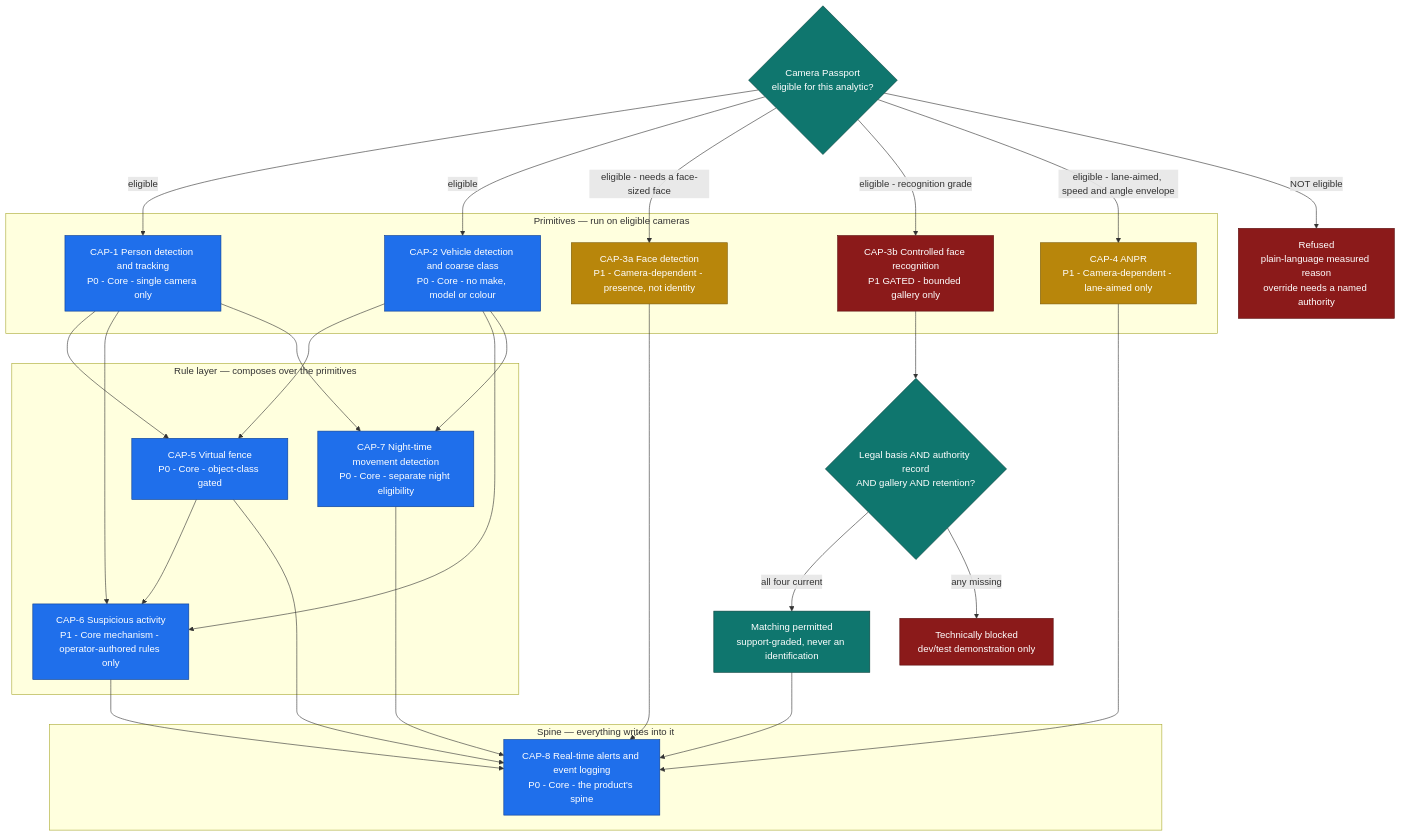
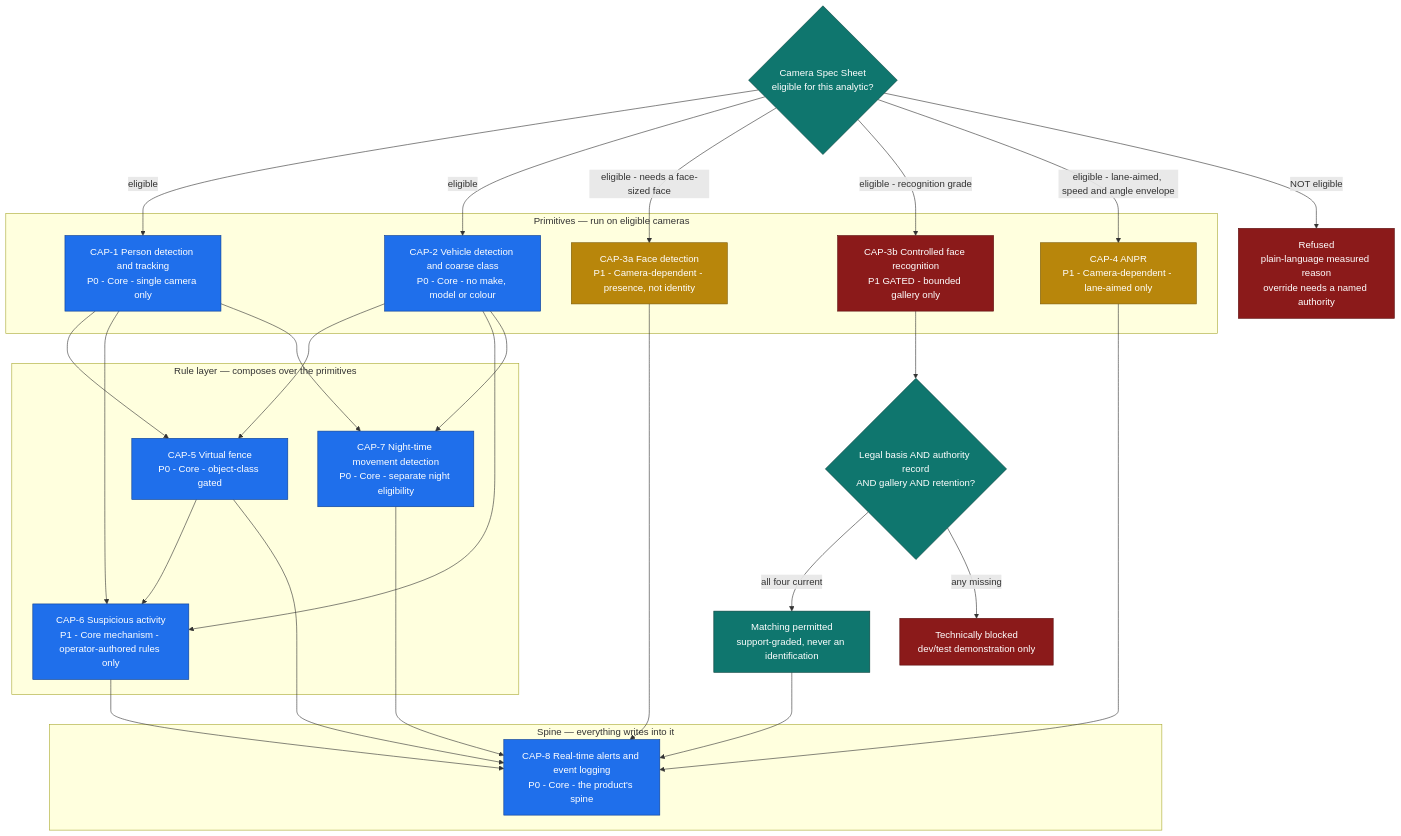
Before and after one commit to Sujatx/ibvap: the second of 7 diagrams in docs/02-product/MVP.md, drawn with Mermaid. The commit also changed other lines of this file and 9 other files, not shown here.

````diff
--- a/docs/02-product/MVP.md
+++ b/docs/02-product/MVP.md
@@ -1261,58 +1261,58 @@
 ```mermaid
 flowchart TD
     subgraph PRIM["Primitives — run on eligible cameras"]
         P1["CAP-1 Person detection and tracking<br/>P0 - Core - single camera only"]
         P2["CAP-2 Vehicle detection and coarse class<br/>P0 - Core - no make, model or colour"]
         P3["CAP-3a Face detection<br/>P1 - Camera-dependent - presence, not identity"]
         P4["CAP-3b Controlled face recognition<br/>P1 GATED - bounded gallery only"]
         P5["CAP-4 ANPR<br/>P1 - Camera-dependent - lane-aimed only"]
     end
 
     subgraph RULES["Rule layer — composes over the primitives"]
         R1["CAP-5 Virtual fence<br/>P0 - Core - object-class gated"]
         R2["CAP-6 Suspicious activity<br/>P1 - Core mechanism - operator-authored rules only"]
         R3["CAP-7 Night-time movement detection<br/>P0 - Core - separate night eligibility"]
     end
 
     subgraph SPINE["Spine — everything writes into it"]
         S1["CAP-8 Real-time alerts and event logging<br/>P0 - Core - the product's spine"]
     end
 
-    GATE{"Camera Passport<br/>eligible for this analytic?"}
+    GATE{"Camera Spec Sheet<br/>eligible for this analytic?"}
     LEGAL{"Legal basis AND authority record<br/>AND gallery AND retention?"}
 
     GATE -->|"eligible"| P1
     GATE -->|"eligible"| P2
     GATE -->|"eligible - needs a face-sized face"| P3
     GATE -->|"eligible - recognition grade"| P4
     GATE -->|"eligible - lane-aimed, speed and angle envelope"| P5
     GATE -->|"NOT eligible"| REF["Refused<br/>plain-language measured reason<br/>override needs a named authority"]
 
     P4 --> LEGAL
     LEGAL -->|"all four current"| OKFR["Matching permitted<br/>support-graded, never an identification"]
     LEGAL -->|"any missing"| BLK["Technically blocked<br/>dev/test demonstration only"]
 
     P1 --> R1
     P2 --> R1
     P1 --> R2
     P2 --> R2
     R1 --> R2
     P1 --> R3
     P2 --> R3
 
     R1 --> S1
     R2 --> S1
     R3 --> S1
     P3 --> S1
     P5 --> S1
     OKFR --> S1
 
     classDef core fill:#1f6feb,stroke:#0b3d91,color:#ffffff
     classDef cond fill:#b8860b,stroke:#7a5a07,color:#ffffff
     classDef gated fill:#8b1a1a,stroke:#5c0f0f,color:#ffffff
     classDef gate fill:#0f766e,stroke:#08403b,color:#ffffff
     class P1,P2,R1,R2,R3,S1 core
     class P3,P5 cond
     class P4,BLK,REF gated
     class GATE,LEGAL,OKFR gate
 ```
````
